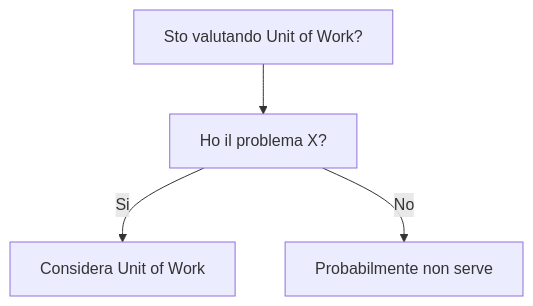
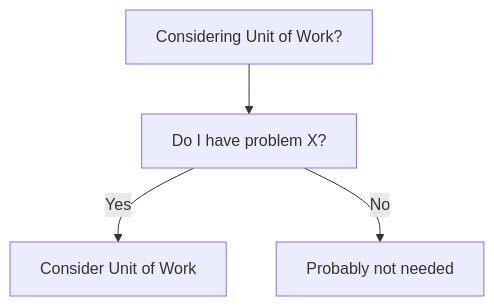
The diagram in dev-wiki/03_Design_Patterns/Architectural/Unit_of_Work/When_To_Use.md (HxT9/Software-Dev-Wiki), drawn with Mermaid before and after one commit. The commit also changed other lines of this file and 3444 other files, not shown here.

````diff
--- a/dev-wiki/03_Design_Patterns/Architectural/Unit_of_Work/When_To_Use.md
+++ b/dev-wiki/03_Design_Patterns/Architectural/Unit_of_Work/When_To_Use.md
@@ -19,6 +19,6 @@
 ```mermaid
 flowchart TD
-  Q[Sto valutando Unit of Work?] --> Q1[Ho il problema X?]
-  Q1 -->|Si| OK[Considera Unit of Work]
-  Q1 -->|No| NO[Probabilmente non serve]
+  Q[Considering Unit of Work?] --> Q1[Do I have problem X?]
+  Q1 -->|Yes| OK[Consider Unit of Work]
+  Q1 -->|No| NO[Probably not needed]
 ```
````
